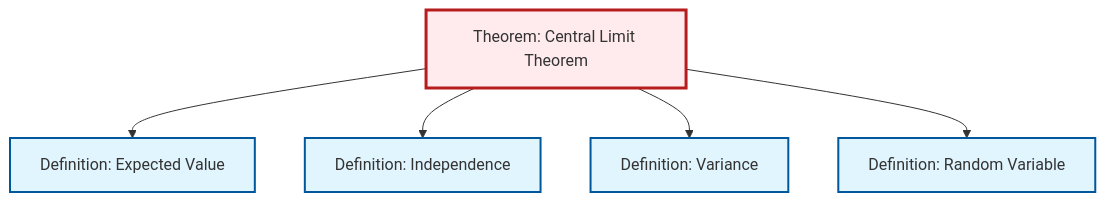
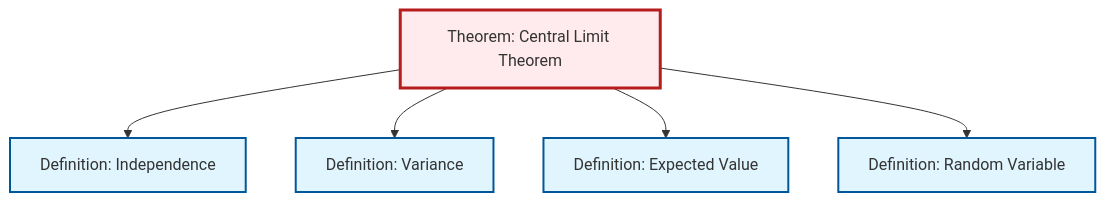
The diagram in output/mermaid/thm-central-limit.mermaid (RK0429/ModernMath), drawn with Mermaid before and after one commit. The commit also changed other lines of this file and 554 other files, not shown here.

```diff
--- a/output/mermaid/thm-central-limit.mermaid
+++ b/output/mermaid/thm-central-limit.mermaid
@@ -1,17 +1,17 @@
 %%| fig-cap: "Local dependency graph"
 graph TD
     classDef definition fill:#e1f5fe,stroke:#01579b,stroke-width:2px
     classDef theorem fill:#f3e5f5,stroke:#4a148c,stroke-width:2px
     classDef axiom fill:#fff3e0,stroke:#e65100,stroke-width:2px
     classDef example fill:#e8f5e9,stroke:#1b5e20,stroke-width:2px
     classDef current fill:#ffebee,stroke:#b71c1c,stroke-width:3px
+    def-variance["Definition: Variance"]:::definition
     def-random-variable["Definition: Random Variable"]:::definition
+    thm-central-limit["Theorem: Central Limit Theorem"]:::theorem
+    def-independence["Definition: Independence"]:::definition
     def-expectation["Definition: Expected Value"]:::definition
-    def-independence["Definition: Independence"]:::definition
-    thm-central-limit["Theorem: Central Limit Theorem"]:::theorem
-    def-variance["Definition: Variance"]:::definition
-    thm-central-limit --> def-expectation
     thm-central-limit --> def-independence
     thm-central-limit --> def-variance
+    thm-central-limit --> def-expectation
     thm-central-limit --> def-random-variable
     class thm-central-limit current
```
